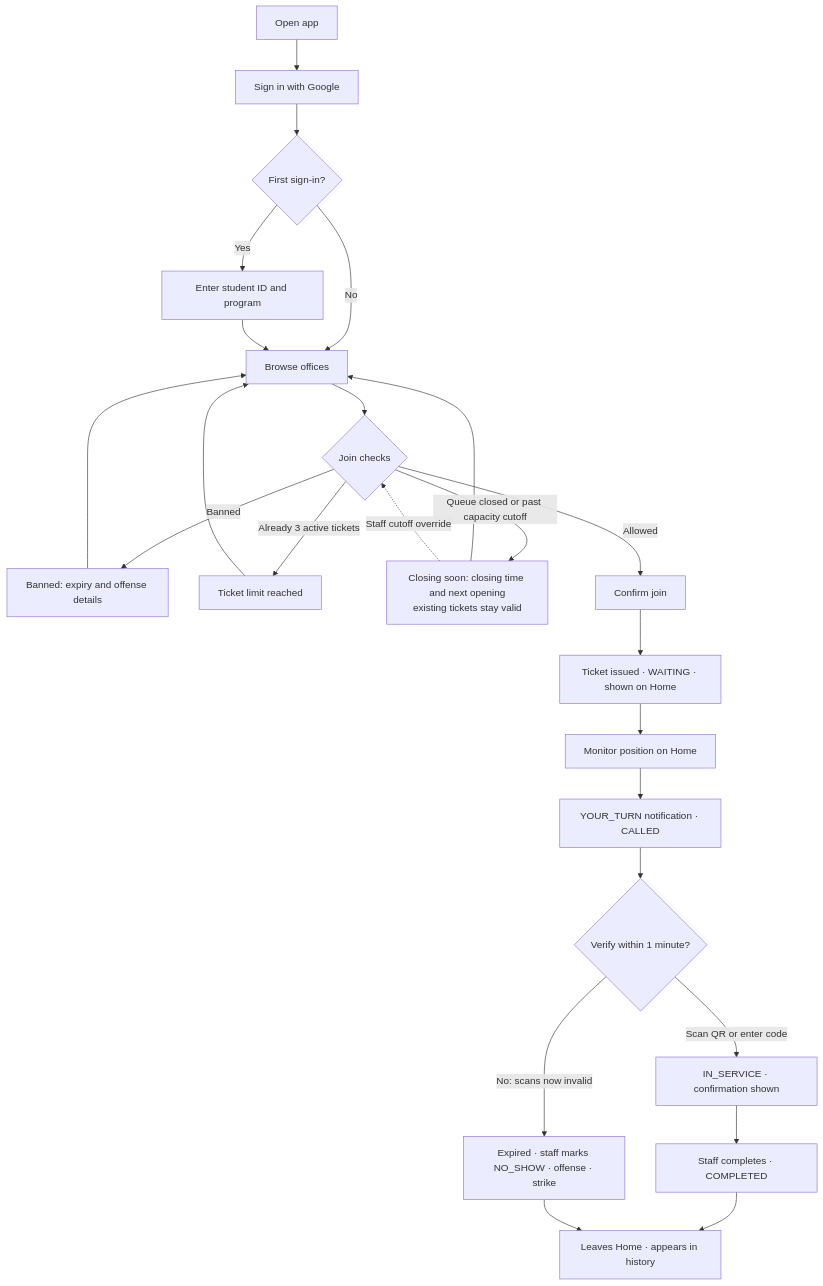
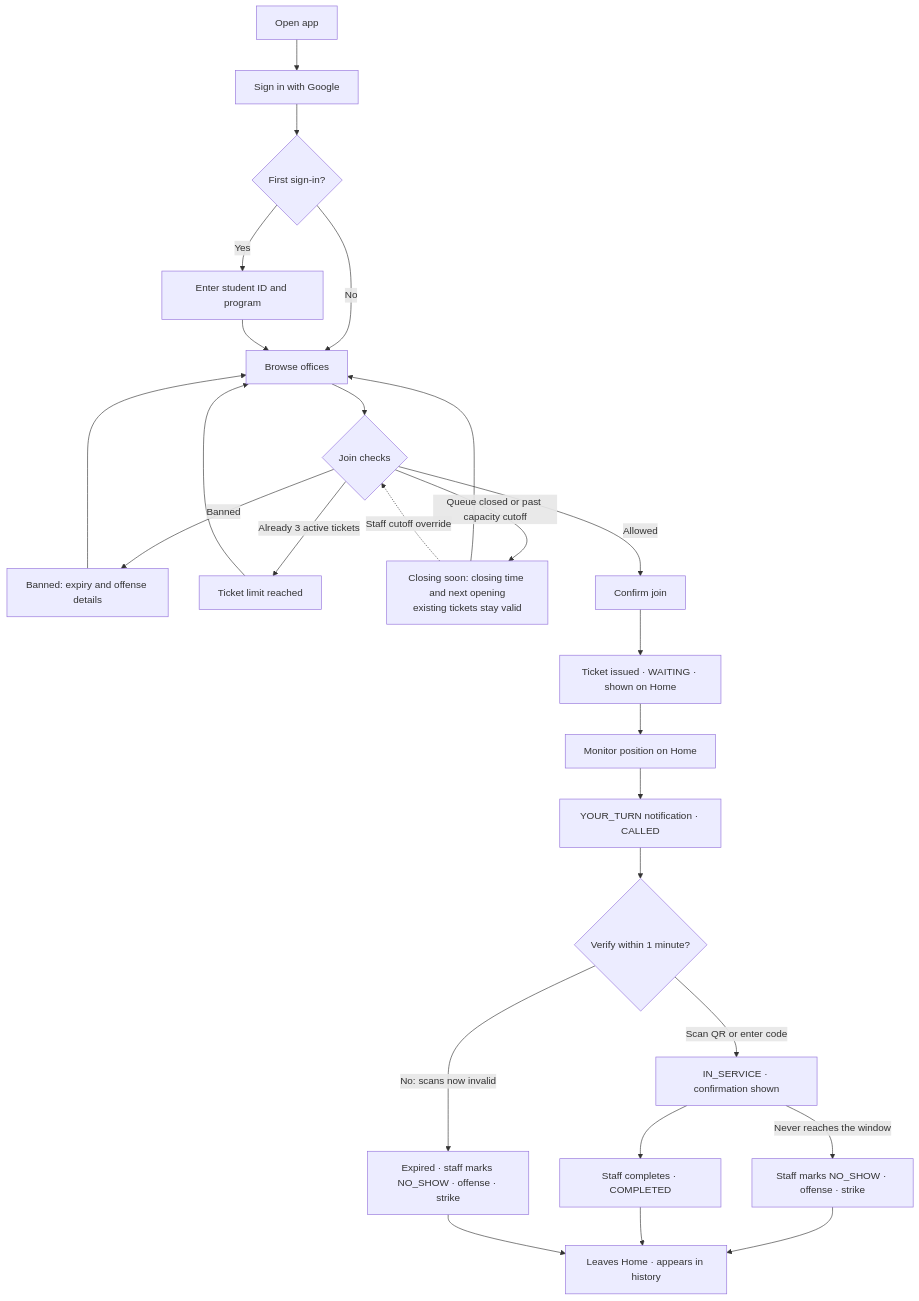
Before and after one commit to Az-Zav/QAMPUS: the second of 4 diagrams in KnowledgeBase/QAMPUS_PRD.md, drawn with Mermaid. The commit also changed other lines of this file, not shown here.

````diff
--- a/KnowledgeBase/QAMPUS_PRD.md
+++ b/KnowledgeBase/QAMPUS_PRD.md
@@ -151,26 +161,28 @@
 ```mermaid
 flowchart TD
     A[Open app] --> B[Sign in with Google]
     B --> B2{First sign-in?}
     B2 -->|Yes| B3[Enter student ID and program]
     B2 -->|No| C[Browse offices]
     B3 --> C
     C --> D{Join checks}
     D -->|Banned| E1[Banned: expiry and offense details]
     D -->|Already 3 active tickets| E2[Ticket limit reached]
     D -->|Queue closed or past capacity cutoff| E3[Closing soon: closing time and next opening<br/>existing tickets stay valid]
     E1 --> C
     E2 --> C
     E3 --> C
     E3 -.->|Staff cutoff override| D
     D -->|Allowed| F[Confirm join]
     F --> G[Ticket issued · WAITING · shown on Home]
     G --> H[Monitor position on Home]
     H --> I[YOUR_TURN notification · CALLED]
     I --> J{Verify within 1 minute?}
     J -->|Scan QR or enter code| K[IN_SERVICE · confirmation shown]
     J -->|No: scans now invalid| L[Expired · staff marks NO_SHOW · offense · strike]
     K --> M[Staff completes · COMPLETED]
+    K -->|Never reaches the window| L2[Staff marks NO_SHOW · offense · strike]
+    L2 --> N
     M --> N[Leaves Home · appears in history]
     L --> N
 ```
````
